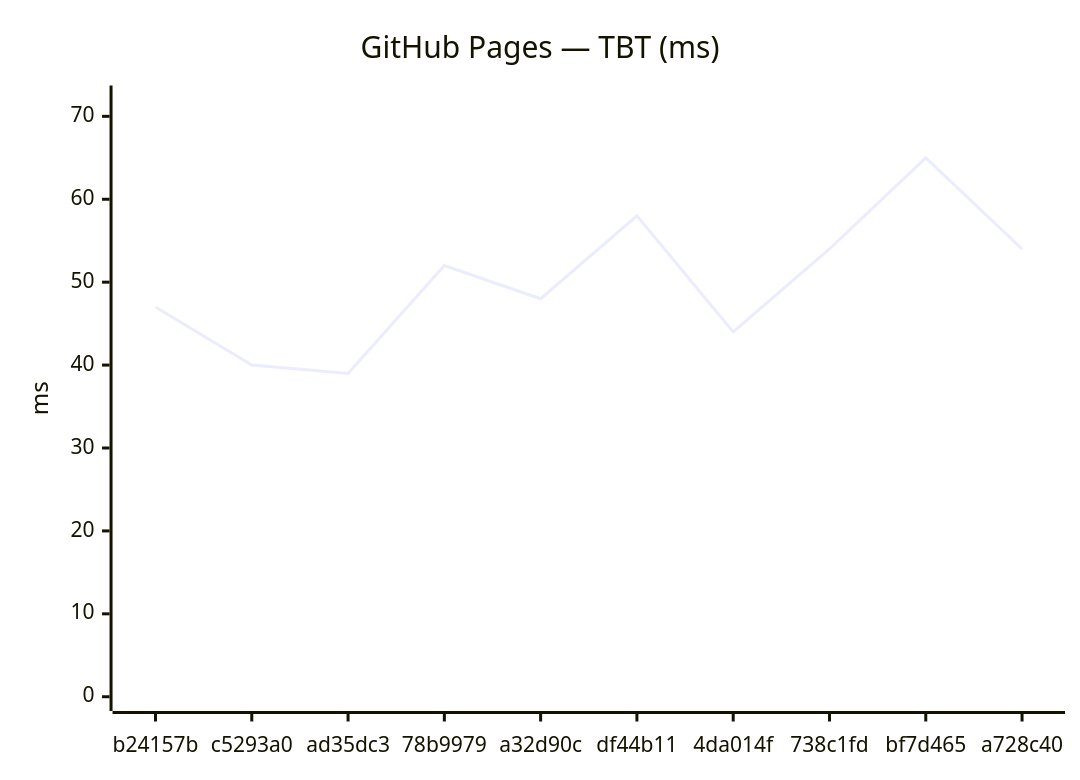
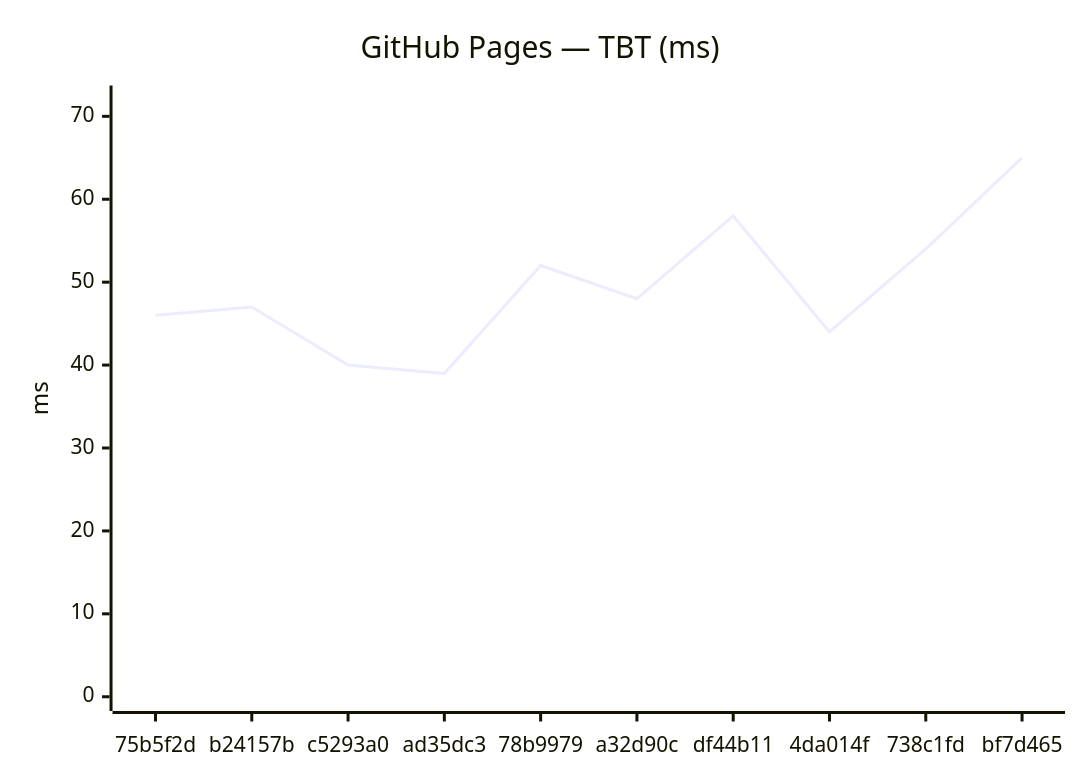
The fourth of 24 diagrams in benchmarks/compare.md (Metaheurist/Rianell), drawn with Mermaid before and after one commit. The commit also changed other lines of this file and 14 other files, not shown here.

````diff
--- a/benchmarks/compare.md
+++ b/benchmarks/compare.md
@@ -61,7 +61,7 @@
 ```mermaid
 xychart-beta
     title "GitHub Pages — TBT (ms)"
-    x-axis ["b24157b", "c5293a0", "ad35dc3", "78b9979", "a32d90c", "df44b11", "4da014f", "738c1fd", "bf7d465", "a728c40"]
+    x-axis ["75b5f2d", "b24157b", "c5293a0", "ad35dc3", "78b9979", "a32d90c", "df44b11", "4da014f", "738c1fd", "bf7d465"]
     y-axis "ms" 0 --> 72
-    line [47, 40, 39, 52, 48, 58, 44, 54, 65, 54]
+    line [46, 47, 40, 39, 52, 48, 58, 44, 54, 65]
 ```
````
